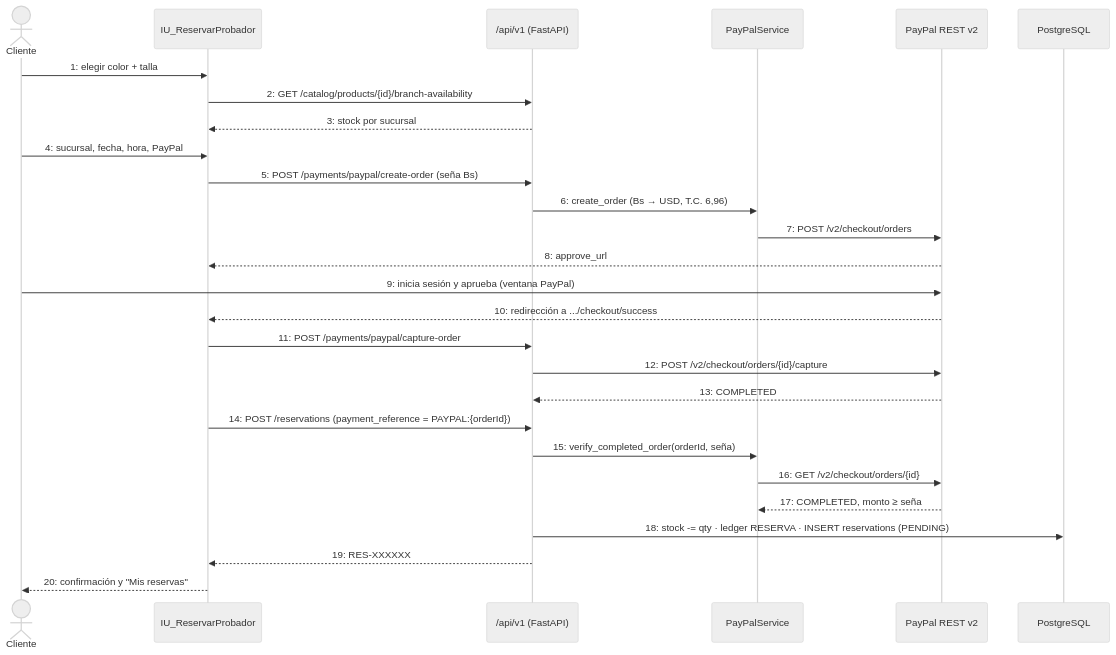
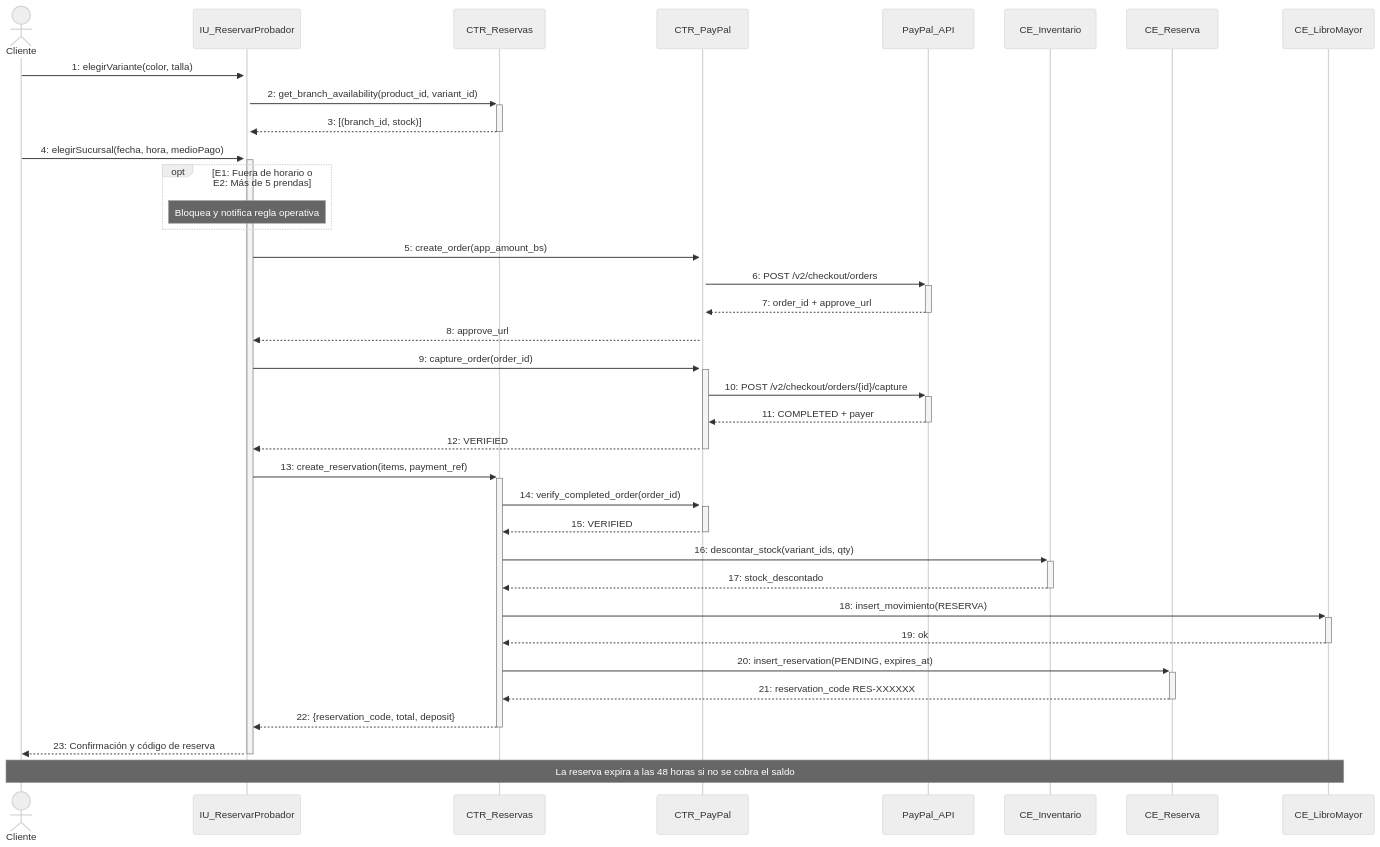
One commit to jc-larry/ecommerce changed diagram 24 of 38 in documentos/DOCUMENTACION_40_CASOS_DE_USO_DIAGRAMAS_SECUENCIA.md. Above: the diagram before and after it, drawn with Mermaid (neutral theme). The commit also changed other lines of this file and 148 other files, not shown here.

Commit message:
feat: persistencia de base de datos en despliegue, temporizador 5min checkout/paypal movil, vestidor virtual e informes de investigacion

````diff
--- a/documentos/DOCUMENTACION_40_CASOS_DE_USO_DIAGRAMAS_SECUENCIA.md
+++ b/documentos/DOCUMENTACION_40_CASOS_DE_USO_DIAGRAMAS_SECUENCIA.md
@@ -1287,30 +1579,39 @@
 ```mermaid
 sequenceDiagram
     actor C as Cliente
     participant IU as IU_ReservarProbador
-    participant API as /api/v1 (FastAPI)
-    participant PPS as PayPalService
-    participant PP as PayPal REST v2
-    participant DB as PostgreSQL
+    participant CTR as CTR_Reservas
+    participant CTR_PP as CTR_PayPal
+    participant API_PP as PayPal_API
+    participant CE_I as CE_Inventario
+    participant CE_R as CE_Reserva
+    participant CE_L as CE_LibroMayor
 
-    C->>IU: 1: elegir color + talla
-    IU->>API: 2: GET /catalog/products/{id}/branch-availability
-    API-->>IU: 3: stock por sucursal
-    C->>IU: 4: sucursal, fecha, hora, PayPal
-    IU->>API: 5: POST /payments/paypal/create-order (seña Bs)
-    API->>PPS: 6: create_order (Bs → USD, T.C. 6,96)
-    PPS->>PP: 7: POST /v2/checkout/orders
-    PP-->>IU: 8: approve_url
-    C->>PP: 9: inicia sesión y aprueba (ventana PayPal)
-    PP-->>IU: 10: redirección a .../checkout/success
-    IU->>API: 11: POST /payments/paypal/capture-order
-    API->>PP: 12: POST /v2/checkout/orders/{id}/capture
-    PP-->>API: 13: COMPLETED
-    IU->>API: 14: POST /reservations (payment_reference = PAYPAL:{orderId})
-    API->>PPS: 15: verify_completed_order(orderId, seña)
-    PPS->>PP: 16: GET /v2/checkout/orders/{id}
-    PP-->>PPS: 17: COMPLETED, monto ≥ seña
-    API->>DB: 18: stock -= qty · ledger RESERVA · INSERT reservations (PENDING)
-    API-->>IU: 19: RES-XXXXXX
-    IU-->>C: 20: confirmación y "Mis reservas"
+    C->>+IU: 1: elegirVariante(color, talla)
+    IU->>+CTR: 2: get_branch_availability(product_id, variant_id)
+    CTR-->>-IU: 3: [(branch_id, stock)]
+    C->>+IU: 4: elegirSucursal(fecha, hora, medioPago)
+    opt E1: Fuera de horario o E2: Más de 5 prendas
+        Note over IU: Bloquea y notifica regla operativa
+    end
+    IU->>+CTR_PP: 5: create_order(app_amount_bs)
+    CTR_PP->>+API_PP: 6: POST /v2/checkout/orders
+    API_PP-->>-CTR_PP: 7: order_id + approve_url
+    CTR_PP-->>IU: 8: approve_url
+    IU->>+CTR_PP: 9: capture_order(order_id)
+    CTR_PP->>+API_PP: 10: POST /v2/checkout/orders/{id}/capture
+    API_PP-->>-CTR_PP: 11: COMPLETED + payer
+    CTR_PP-->>-IU: 12: VERIFIED
+    IU->>+CTR: 13: create_reservation(items, payment_ref)
+    CTR->>+CTR_PP: 14: verify_completed_order(order_id)
+    CTR_PP-->>-CTR: 15: VERIFIED
+    CTR->>+CE_I: 16: descontar_stock(variant_ids, qty)
+    CE_I-->>-CTR: 17: stock_descontado
+    CTR->>+CE_L: 18: insert_movimiento(RESERVA)
+    CE_L-->>-CTR: 19: ok
+    CTR->>+CE_R: 20: insert_reservation(PENDING, expires_at)
+    CE_R-->>-CTR: 21: reservation_code RES-XXXXXX
+    CTR-->>-IU: 22: {reservation_code, total, deposit}
+    IU-->>-C: 23: Confirmación y código de reserva
+    Note over C,CE_L: La reserva expira a las 48 horas si no se cobra el saldo
 ```
````
